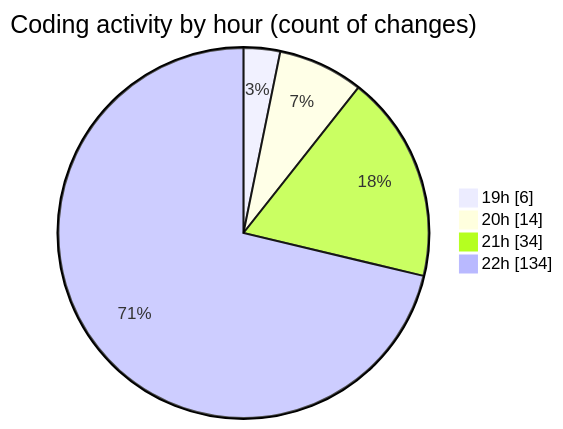
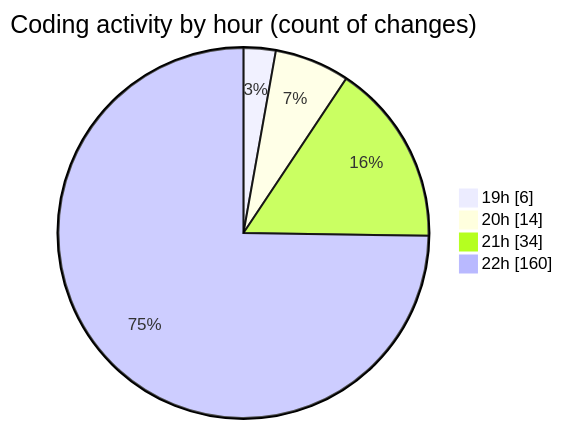
Before and after one commit to IJAZ3593/code-tracking: the second of 2 diagrams in 2025-09-13/new_folder/README.md, drawn with Mermaid. The commit also changed other lines of this file and 1 other file, not shown here.

````diff
--- a/2025-09-13/new_folder/README.md
+++ b/2025-09-13/new_folder/README.md
@@ -35,8 +35,8 @@
 ```mermaid
 pie showData
 title Coding activity by hour (count of changes)
 "19h" : 6
 "20h" : 14
 "21h" : 34
-"22h" : 134
+"22h" : 160
 ```
````
